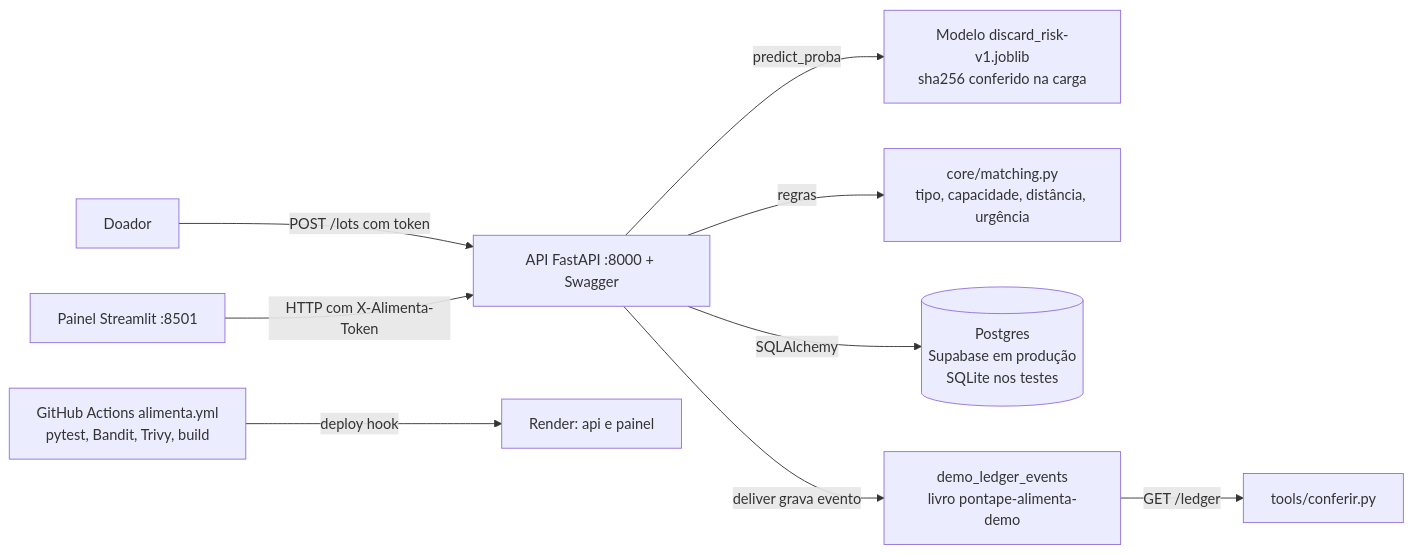
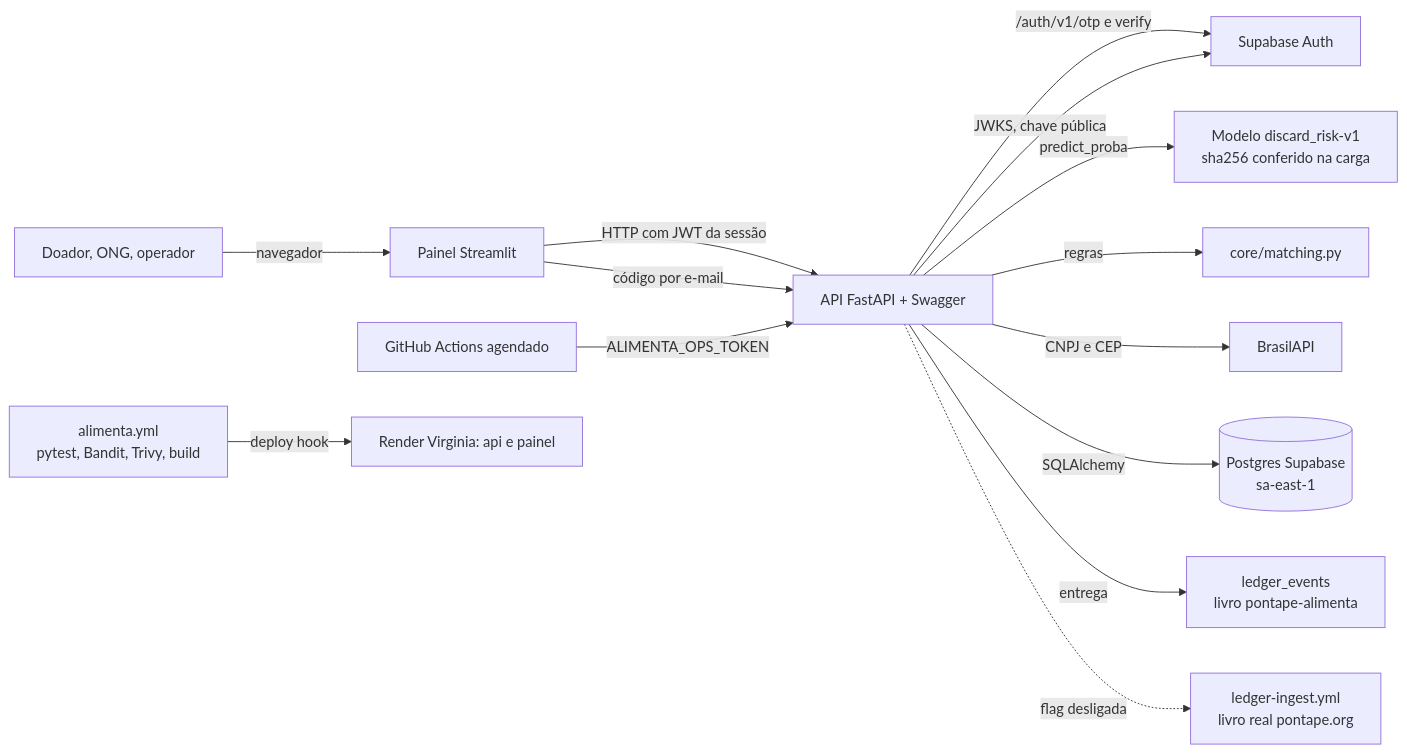
Before and after one commit to LucasOl1337/pontape: the second of 2 diagrams in docs/alimenta/README.md, drawn with Mermaid. The commit also changed other lines of this file, not shown here.

First line of the commit message:
Reescreve o README da Rede Alimenta para o sistema real

````diff
--- a/docs/alimenta/README.md
+++ b/docs/alimenta/README.md
@@ -86,11 +312,16 @@
 ```mermaid
 flowchart LR
-  D[Doador] -->|POST /lots com token| API
-  P[Painel Streamlit :8501] -->|HTTP com X-Alimenta-Token| API[API FastAPI :8000 + Swagger]
-  API -->|predict_proba| M[Modelo discard_risk-v1.joblib<br/>sha256 conferido na carga]
-  API -->|regras| R[core/matching.py<br/>tipo, capacidade, distância, urgência]
-  API -->|SQLAlchemy| DB[(Postgres<br/>Supabase em produção<br/>SQLite nos testes)]
-  API -->|deliver grava evento| L[demo_ledger_events<br/>livro pontape-alimenta-demo]
-  L -->|GET /ledger| C[tools/conferir.py]
-  CI[GitHub Actions alimenta.yml<br/>pytest, Bandit, Trivy, build] -->|deploy hook| RD[Render: api e painel]
+  U[Doador, ONG, operador] -->|navegador| P[Painel Streamlit]
+  P -->|HTTP com JWT da sessão| API[API FastAPI + Swagger]
+  P -->|código por e-mail| API
+  API -->|/auth/v1/otp e verify| SA[Supabase Auth]
+  API -->|JWKS, chave pública| SA
+  API -->|predict_proba| M[Modelo discard_risk-v1<br/>sha256 conferido na carga]
+  API -->|regras| R[core/matching.py]
+  API -->|CNPJ e CEP| BR[BrasilAPI]
+  API -->|SQLAlchemy| DB[(Postgres Supabase<br/>sa-east-1)]
+  API -->|entrega| L[ledger_events<br/>livro pontape-alimenta]
+  API -.->|flag desligada| GH[ledger-ingest.yml<br/>livro real pontape.org]
+  CRON[GitHub Actions agendado] -->|ALIMENTA_OPS_TOKEN| API
+  CI[alimenta.yml<br/>pytest, Bandit, Trivy, build] -->|deploy hook| RD[Render Virginia: api e painel]
 ```
````
